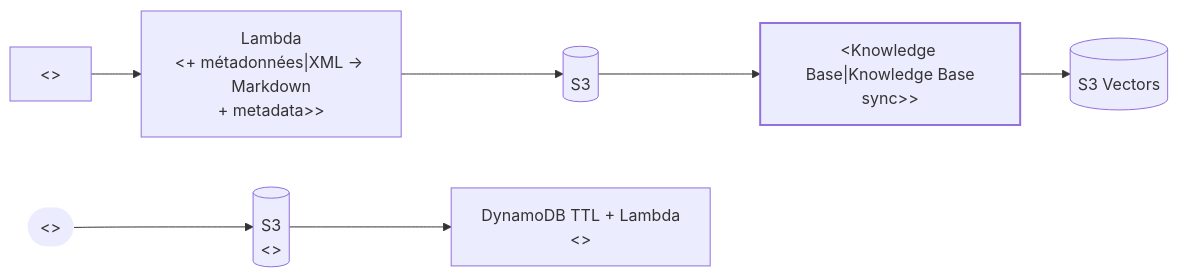
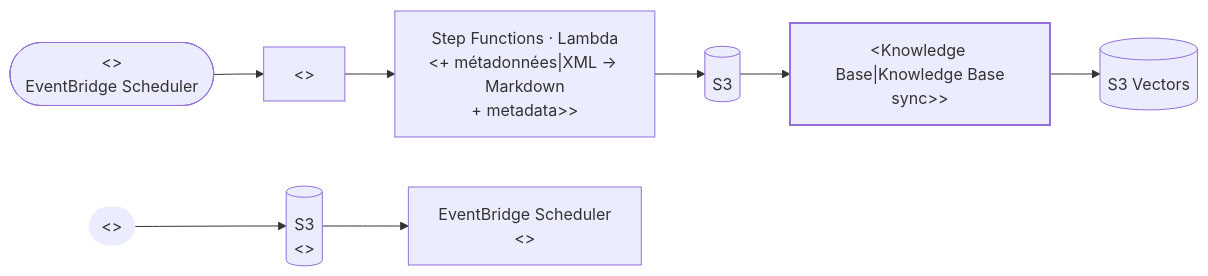
Before and after one commit to ThomasBruniquel/rag-demos: the diagram in web/content/demos/01-assistant-entrepreneurs/pipeline.mmd, drawn with Mermaid. The commit also changed 126 other files, not shown here.

```diff
--- a/web/content/demos/01-assistant-entrepreneurs/pipeline.mmd
+++ b/web/content/demos/01-assistant-entrepreneurs/pipeline.mmd
@@ -1,9 +1,10 @@
 flowchart LR
-  A["<<Archive DILA (XML)|DILA archive (XML)>>"] --> B["Lambda<br/><<XML → Markdown<br/>+ métadonnées|XML → Markdown<br/>+ metadata>>"]
+  M(["<<Chaque mois|Every month>><br/>EventBridge Scheduler"]) --> A
+  A["<<Archive DILA (XML)|DILA archive (XML)>>"] --> B["Step Functions · Lambda<br/><<XML → Markdown<br/>+ métadonnées|XML → Markdown<br/>+ metadata>>"]
   B --> C[("S3")]:::store --> D["<<Synchronisation<br/>Knowledge Base|Knowledge Base<br/>sync>>"]:::key --> E[("S3 Vectors")]:::store
-  V(["<<PDF du visiteur|Visitor's PDF>>"]):::user --> F[("S3<br/><<préfixe de session|session prefix>>")]:::store
-  F --> T["DynamoDB TTL + Lambda<br/><<suppression après 1 h|deleted after 1 h>>"]
+  V(["<<PDF du visiteur|Visitor's PDF>>"]):::user --> F[("S3<br/><<un dossier par document|one folder per document>>")]:::store
+  F --> T["EventBridge Scheduler<br/><<suppression après 1 h|deleted after 1 h>>"]
 
   classDef user stroke-width:0
   classDef key stroke-width:2px
   classDef store stroke-width:1px
```
